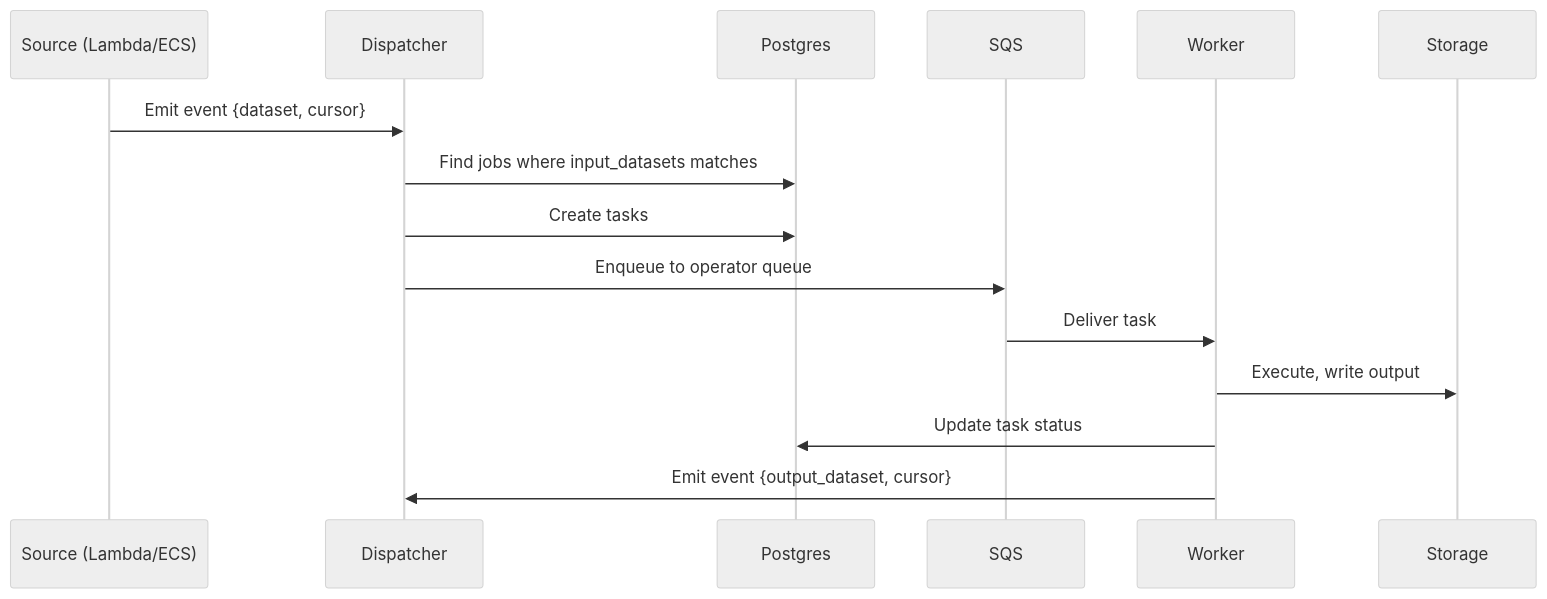
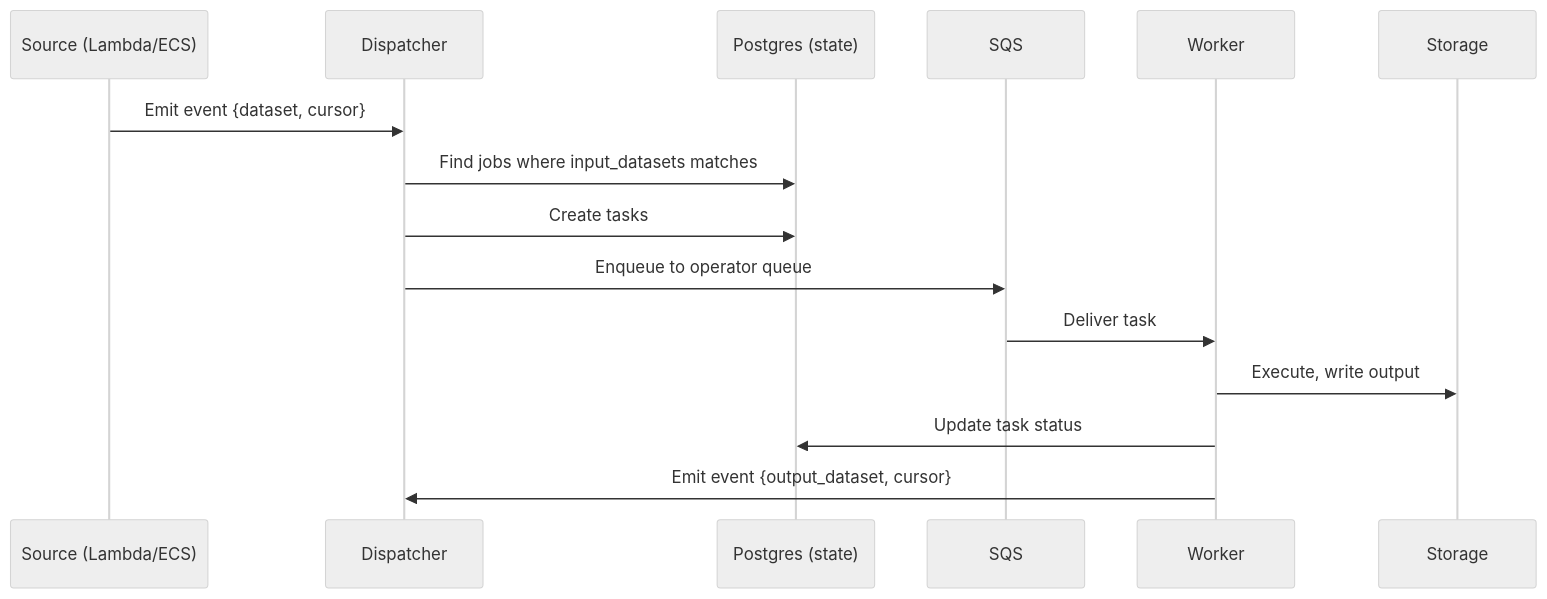
The third of 10 diagrams in docs/architecture/overview.md (c7121/trace), drawn with Mermaid (neutral theme) before and after one commit. The commit also changed other lines of this file and 12 other files, not shown here.

````diff
--- a/docs/architecture/overview.md
+++ b/docs/architecture/overview.md
@@ -189,18 +170,18 @@
 ```mermaid
 sequenceDiagram
     participant Src as Source (Lambda/ECS)
     participant D as Dispatcher
-    participant PG as Postgres
+    participant PG as Postgres (state)
     participant Q as SQS
     participant W as Worker
     participant S as Storage
 
     Src->>D: Emit event {dataset, cursor}
     D->>PG: Find jobs where input_datasets matches
     D->>PG: Create tasks
     D->>Q: Enqueue to operator queue
     Q->>W: Deliver task
     W->>S: Execute, write output
     W->>PG: Update task status
     W->>D: Emit event {output_dataset, cursor}
 ```
````
